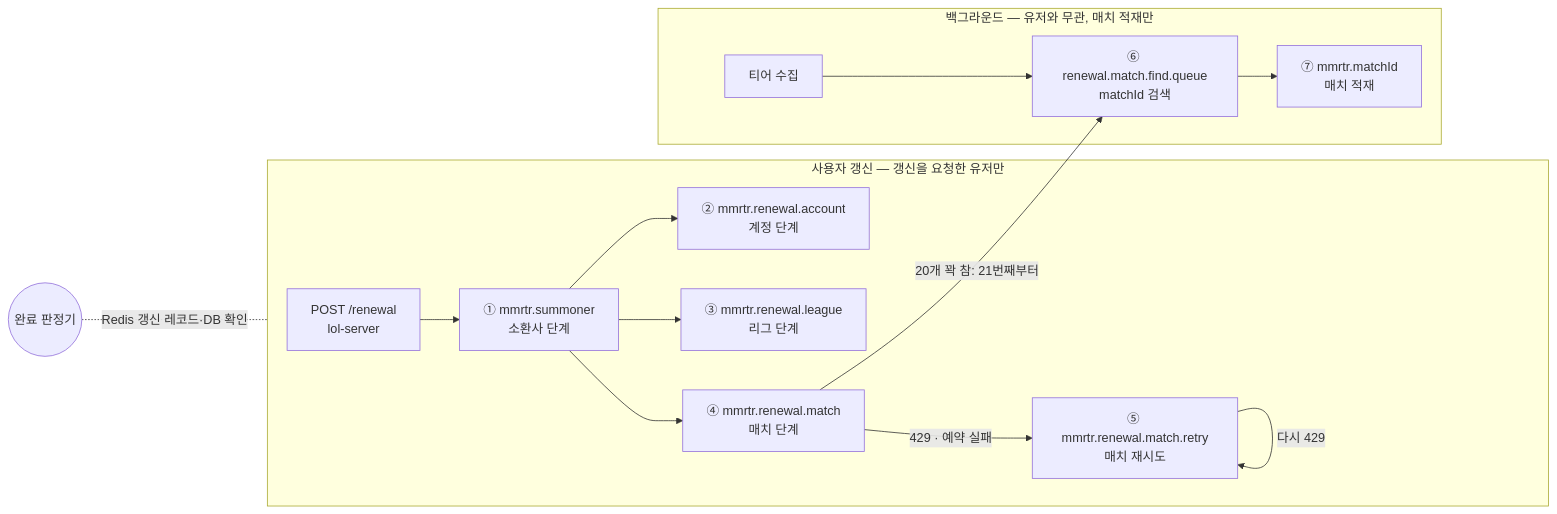
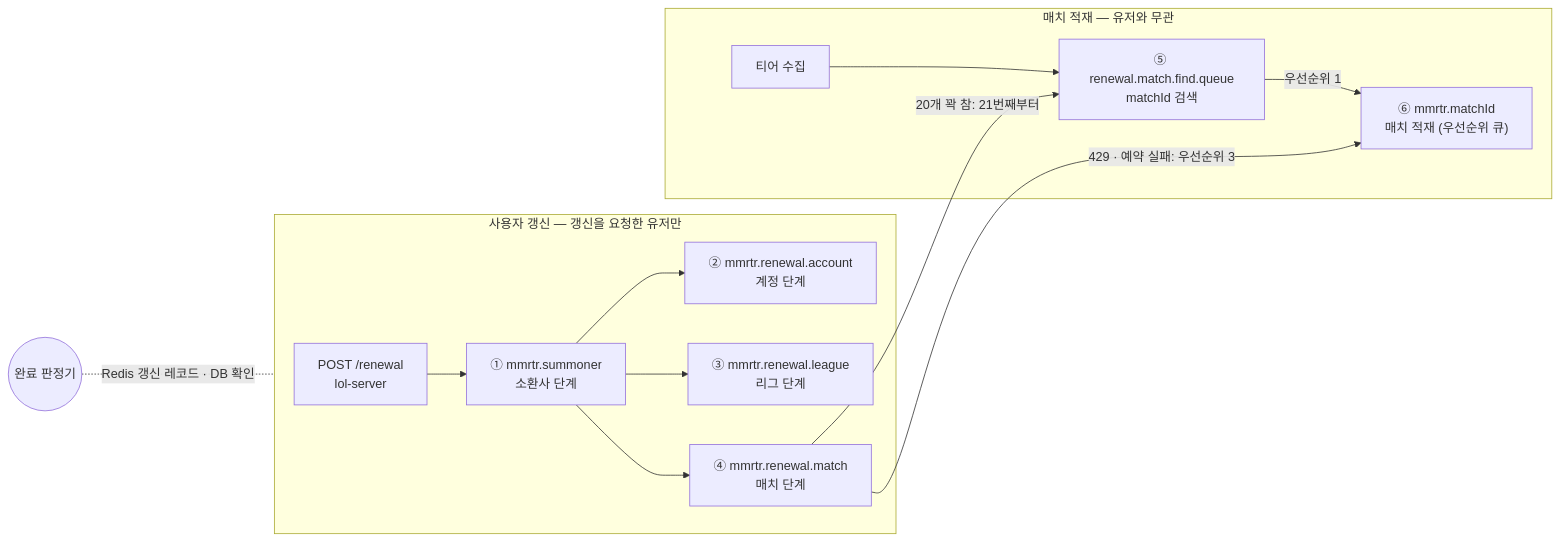
One commit to padosol/lol-repository changed the diagram in docs/superpowers/specs/2026-11-03-renewal-completion-design.md. Above: the diagram before and after it, drawn with Mermaid. The commit also changed other lines of this file, not shown here.

Commit message:
docs: 재시도 매치를 우선순위 큐 mmrtr.matchId 로 보내도록 설계를 고친다

````diff
--- a/docs/superpowers/specs/2026-11-03-renewal-completion-design.md
+++ b/docs/superpowers/specs/2026-11-03-renewal-completion-design.md
@@ -84,17 +88,16 @@
 ```mermaid
 flowchart LR
     subgraph USER["사용자 갱신 — 갱신을 요청한 유저만"]
         P["POST /renewal<br/>lol-server"] --> Q1["① mmrtr.summoner<br/>소환사 단계"]
         Q1 --> Q2["② mmrtr.renewal.account<br/>계정 단계"]
         Q1 --> Q3["③ mmrtr.renewal.league<br/>리그 단계"]
         Q1 --> Q4["④ mmrtr.renewal.match<br/>매치 단계"]
-        Q4 -- "429 · 예약 실패" --> Q5["⑤ mmrtr.renewal.match.retry<br/>매치 재시도"]
-        Q5 -- "다시 429" --> Q5
     end
-    subgraph BG["백그라운드 — 유저와 무관, 매치 적재만"]
-        T["티어 수집"] --> Q6["⑥ renewal.match.find.queue<br/>matchId 검색"]
-        Q6 --> Q7["⑦ mmrtr.matchId<br/>매치 적재"]
+    subgraph BG["매치 적재 — 유저와 무관"]
+        T["티어 수집"] --> Q5["⑤ renewal.match.find.queue<br/>matchId 검색"]
+        Q5 -- "우선순위 1" --> Q6["⑥ mmrtr.matchId<br/>매치 적재 (우선순위 큐)"]
     end
-    Q4 -- "20개 꽉 참: 21번째부터" --> Q6
-    J(("완료 판정기")) -. "Redis 갱신 레코드·DB 확인" .- USER
+    Q4 -- "20개 꽉 참: 21번째부터" --> Q5
+    Q4 -- "429 · 예약 실패: 우선순위 3" --> Q6
+    J(("완료 판정기")) -. "Redis 갱신 레코드 · DB 확인" .- USER
 ```
````
